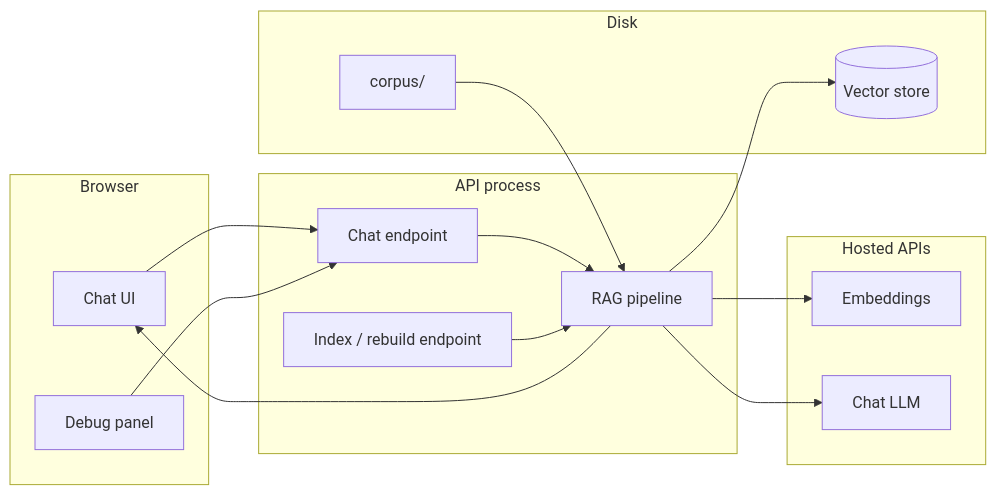
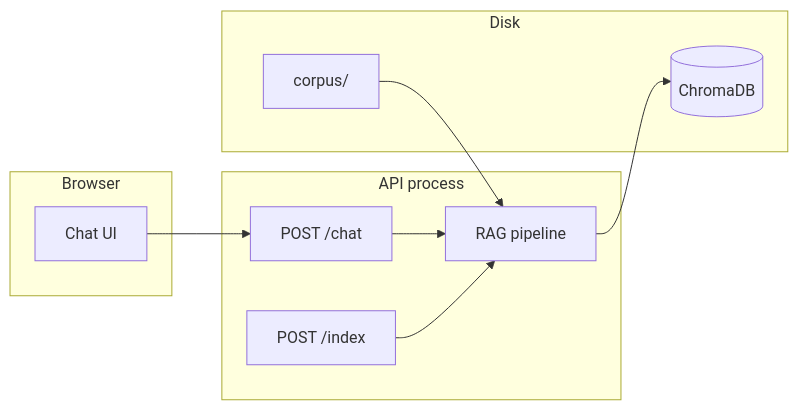
The first of 2 diagrams in architecture.md (imharshal11/tathya-mf-faq-bot), drawn with Mermaid before and after one commit. The commit also changed other lines of this file and 37 other files, not shown here.

````diff
--- a/architecture.md
+++ b/architecture.md
@@ -23,33 +23,23 @@
 ```mermaid
 flowchart LR
   subgraph client [Browser]
     UI[Chat UI]
-    DBG[Debug panel]
   end
 
   subgraph app [API process]
-    CHAT[Chat endpoint]
-    IDX[Index / rebuild endpoint]
+    CHAT[POST /chat]
+    IDX[POST /index]
     RAG[RAG pipeline]
   end
 
   subgraph local [Disk]
     CORPUS[corpus/]
-    VS[(Vector store)]
-  end
-
-  subgraph cloud [Hosted APIs]
-    EMB[Embeddings]
-    LLM[Chat LLM]
+    VS[(ChromaDB)]
   end
 
   UI --> CHAT
-  DBG --> CHAT
   CHAT --> RAG
   IDX --> RAG
   CORPUS --> RAG
   RAG --> VS
-  RAG --> EMB
-  RAG --> LLM
-  RAG --> UI
 ```
````
